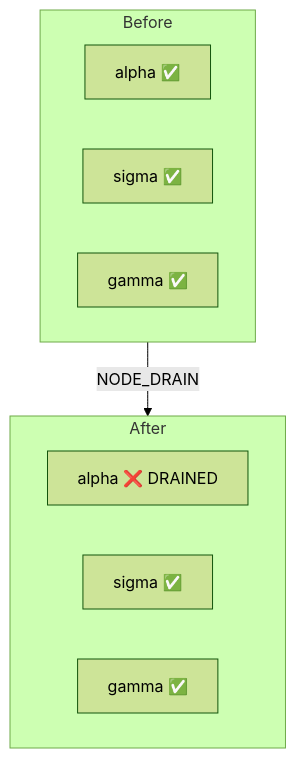
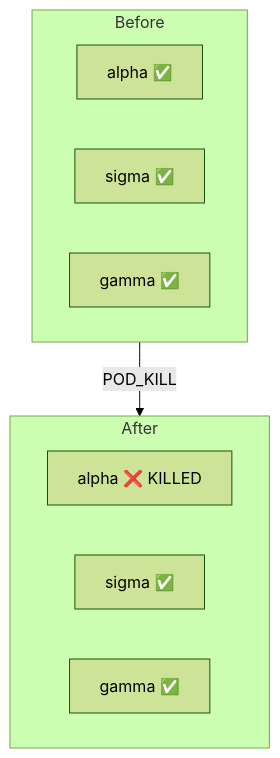
The third of 3 diagrams in docs/tutorials/03-chaos-engineering.md (actions-marketplace-validations/bmscomp_kates), drawn with Mermaid (forest theme) before and after one commit. The commit also changed other lines of this file and 25 other files, not shown here.

````diff
--- a/docs/tutorials/03-chaos-engineering.md
+++ b/docs/tutorials/03-chaos-engineering.md
@@ -236,10 +236,10 @@
 ```mermaid
 graph TB
     subgraph Before
         N1[alpha ✅] & N2[sigma ✅] & N3[gamma ✅]
     end
     subgraph After
-        N1b[alpha ❌ DRAINED] & N2b[sigma ✅] & N3b[gamma ✅]
+        N1b[alpha ❌ KILLED] & N2b[sigma ✅] & N3b[gamma ✅]
     end
-    Before -->|"NODE_DRAIN"| After
+    Before -->|"POD_KILL"| After
 ```
````
